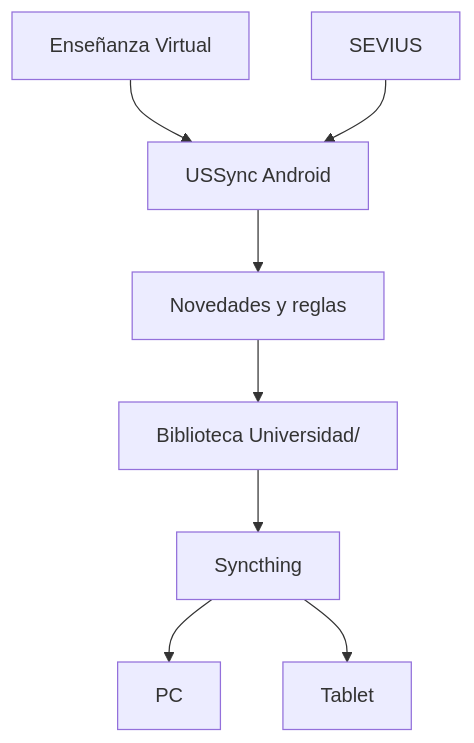
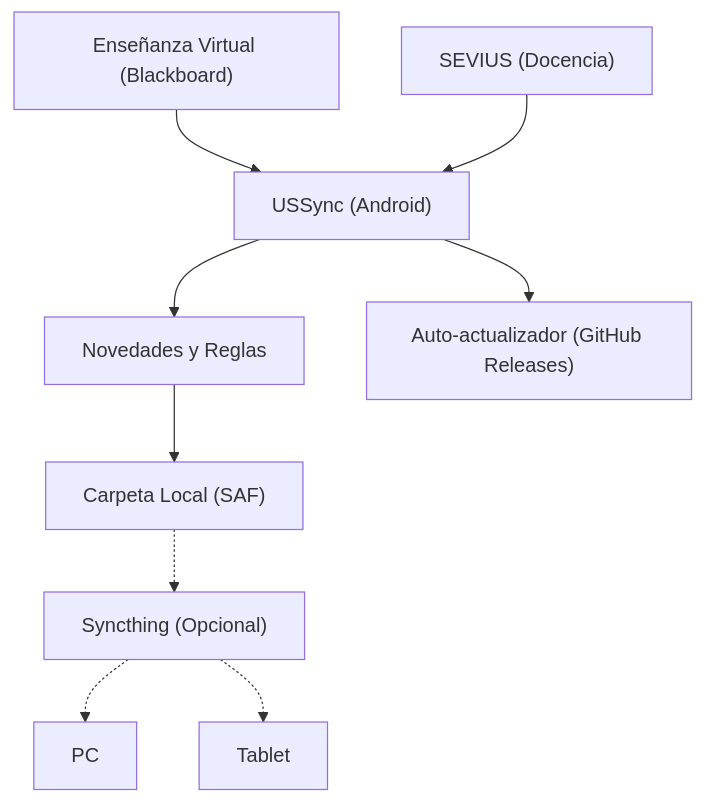
One commit to JoseGarciaMayen/ussync changed the diagram in README.md. Above: the diagram before and after it, drawn with Mermaid. The commit also changed other lines of this file and 2 other files, not shown here.

````diff
--- a/README.md
+++ b/README.md
@@ -5,10 +12,11 @@
 ```mermaid
 flowchart TD
-  EV[Enseñanza Virtual] --> A[USSync Android]
-  SE[SEVIUS] --> A
-  A --> N[Novedades y reglas]
-  N --> L[Biblioteca Universidad/]
-  L --> S[Syncthing]
-  S --> PC[PC]
-  S --> T[Tablet]
+  EV["Enseñanza Virtual (Blackboard)"] --> A["USSync (Android)"]
+  SE["SEVIUS (Docencia)"] --> A
+  A --> N["Novedades y Reglas"]
+  A --> U["Auto-actualizador (GitHub Releases)"]
+  N --> L["Carpeta Local (SAF)"]
+  L -.-> S["Syncthing (Opcional)"]
+  S -.-> PC["PC"]
+  S -.-> T["Tablet"]
 ```
````
